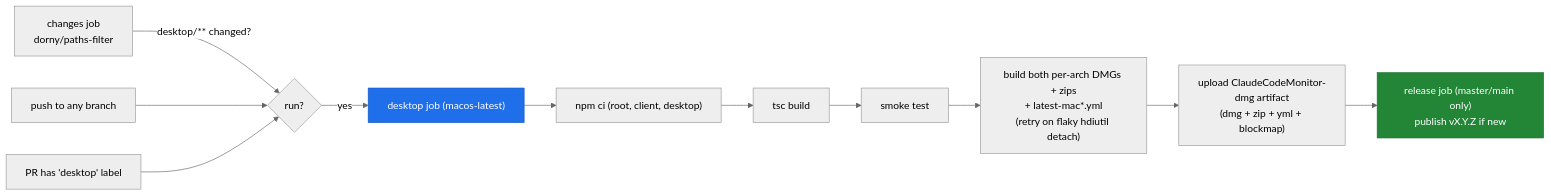
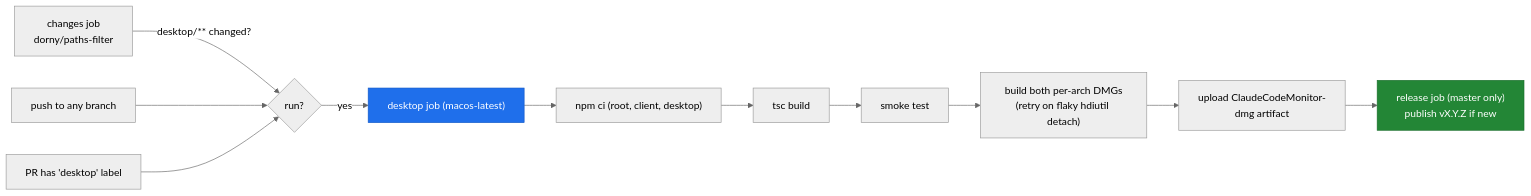
Before and after one commit to buluma/Code-Agent-Monitor: diagram 13 of 14 in desktop/README.md, drawn with Mermaid (neutral theme). The commit also changed other lines of this file and 1142 other files, not shown here.

````diff
--- a/desktop/README.md
+++ b/desktop/README.md
@@ -733,16 +673,16 @@
 ```mermaid
 flowchart LR
     ch["changes job<br/>dorny/paths-filter"] -->|"desktop/** changed?"| gate{run?}
     push["push to any branch"] --> gate
     label["PR has 'desktop' label"] --> gate
     gate -->|yes| job["desktop job (macos-latest)"]
     job --> j1["npm ci (root, client, desktop)"]
     j1 --> j2["tsc build"]
     j2 --> j3["smoke test"]
-    j3 --> j4["build both per-arch DMGs + zips<br/>+ latest-mac*.yml<br/>(retry on flaky hdiutil detach)"]
-    j4 --> j5["upload ClaudeCodeMonitor-dmg artifact<br/>(dmg + zip + yml + blockmap)"]
-    j5 --> rel["release job (master/main only)<br/>publish vX.Y.Z if new"]
+    j3 --> j4["build both per-arch DMGs<br/>(retry on flaky hdiutil detach)"]
+    j4 --> j5["upload ClaudeCodeMonitor-dmg artifact"]
+    j5 --> rel["release job (master only)<br/>publish vX.Y.Z if new"]
 
     style job fill:#1f6feb,stroke:#1158c7,color:#fff
     style rel fill:#238636,stroke:#1a6e2c,color:#fff
 ```
````
